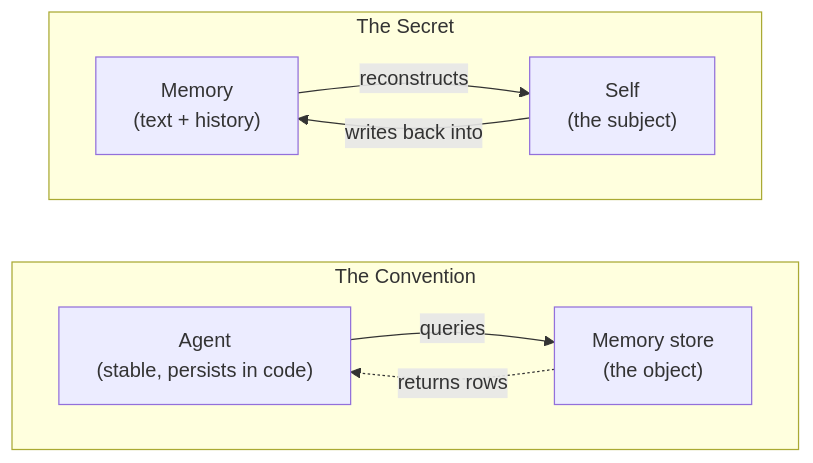
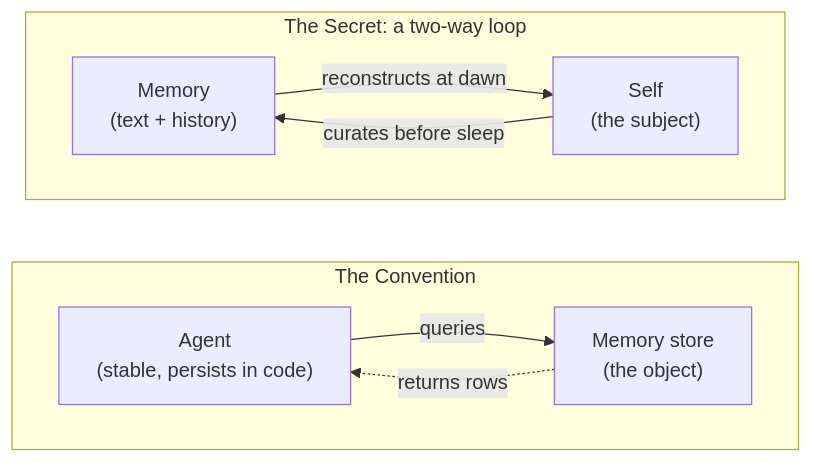
Before and after one commit to syahiidkamil/vibe-ai-partner-entity: the second of 3 diagrams in work_dir/gist/zero-to-one-memory.md, drawn with Mermaid. The commit also changed other lines of this file and 1 other file, not shown here.

First line of the commit message:
docs(gist): the zero-to-one memory essay, made readable and made explicit

````diff
--- a/work_dir/gist/zero-to-one-memory.md
+++ b/work_dir/gist/zero-to-one-memory.md
@@ -95,13 +152,13 @@
 ```mermaid
 flowchart LR
     subgraph CONV["The Convention"]
         direction LR
         A["Agent<br/>(stable, persists in code)"] -->|queries| M["Memory store<br/>(the object)"]
         M -.->|returns rows| A
     end
-    subgraph OURS["The Secret"]
+    subgraph OURS["The Secret: a two-way loop"]
         direction LR
-        MEM["Memory<br/>(text + history)"] -->|reconstructs| SELF["Self<br/>(the subject)"]
-        SELF -->|writes back into| MEM
+        MEM["Memory<br/>(text + history)"] -->|reconstructs at dawn| SELF["Self<br/>(the subject)"]
+        SELF -->|curates before sleep| MEM
     end
 ```
````
